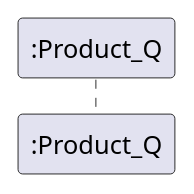
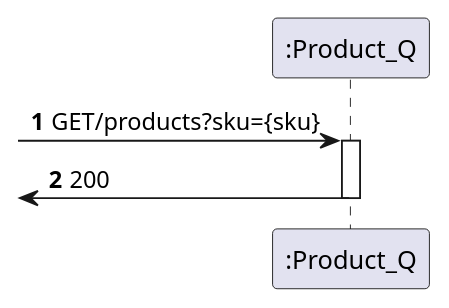
Before and after one commit to 1201441BrunoPereira/Trabalho2Products: the diagram in Product1_Q/Diagramas/N2/GetBySKU.puml, drawn with PlantUML. The commit also changed 6 other files, not shown here.

Commit message:
Diagramas Trabalho 3

```diff
--- a/Product1_Q/Diagramas/N2/GetBySKU.puml
+++ b/Product1_Q/Diagramas/N2/GetBySKU.puml
@@ -1,10 +1,13 @@
 @startuml
 'https://plantuml.com/sequence-diagram
 
-autoactivate on
 autonumber
 
 participant ":Product_Q" as pro
 
+-> pro: GET/products?sku={sku}
+activate pro
+[<- pro: 200
+deactivate pro
 
 @enduml
```
